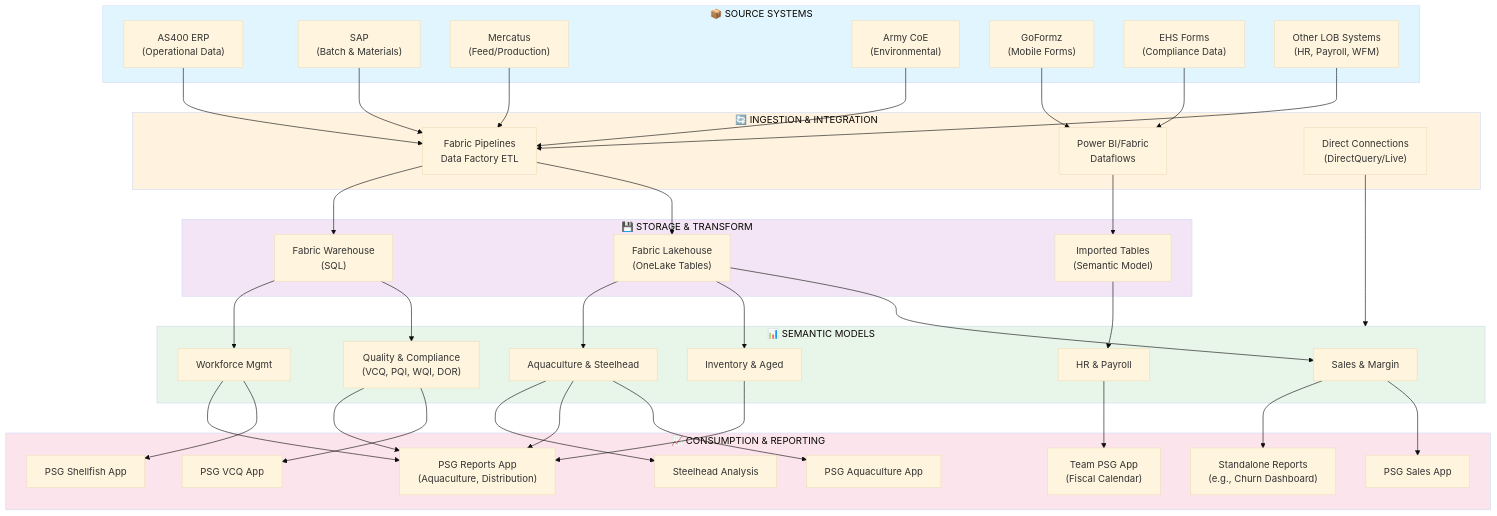
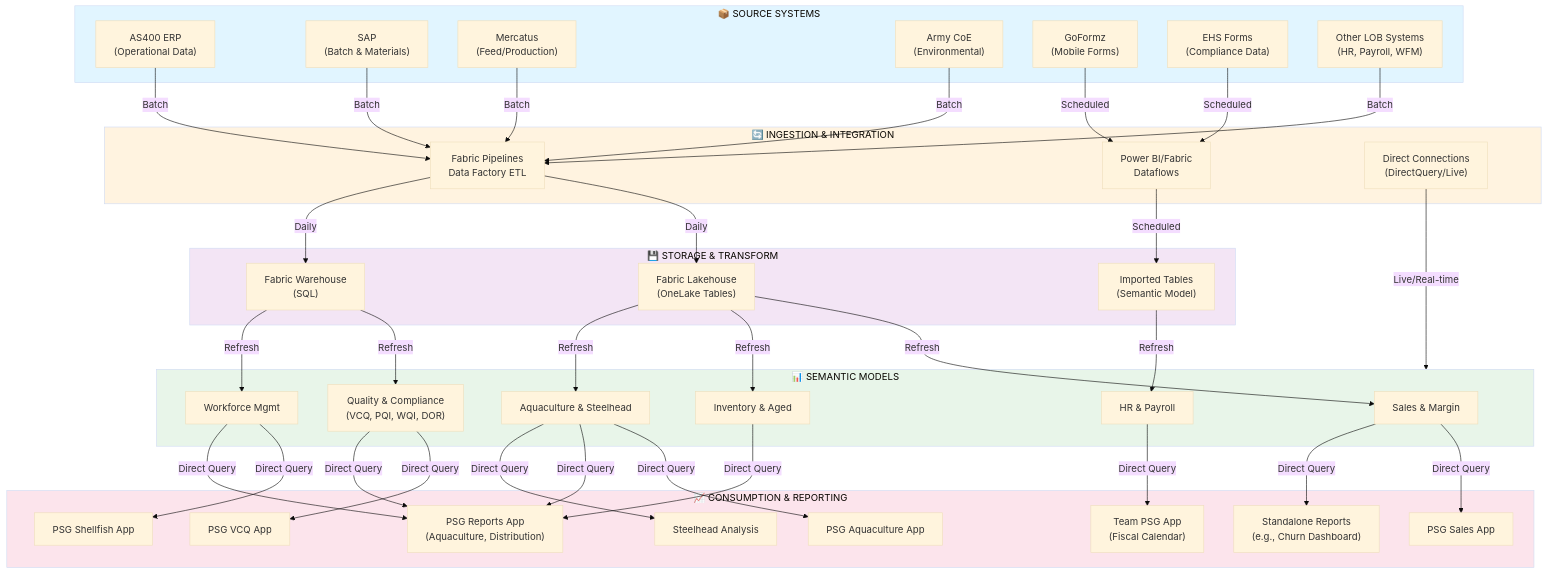
The diagram in diagrams/psg-data-architecture.md (KHAFS-2026/PSG-data-architecture), drawn with Mermaid (base theme) before and after one commit. The commit also changed other lines of this file, not shown here.

Commit message:
Enhance PSG Data Architecture Flowchart with Data Flow Types
Updated the PSG Data Architecture Flowchart to include data flow types and improved clarity on connections between components.

```diff
--- a/diagrams/psg-data-architecture.md
+++ b/diagrams/psg-data-architecture.md
@@ -45,45 +45,45 @@
     end
 
     %% SOURCE TO INGESTION - SPECIFIC CONNECTIONS
-    AS400 --> Pipelines
-    SAP --> Pipelines
-    Mercatus --> Pipelines
-    ArmyCoE --> Pipelines
-    GoFormz --> Dataflows
-    EHSForms --> Dataflows
-    OtherSources --> Pipelines
+    AS400 -->|Batch| Pipelines
+    SAP -->|Batch| Pipelines
+    Mercatus -->|Batch| Pipelines
+    ArmyCoE -->|Batch| Pipelines
+    GoFormz -->|Scheduled| Dataflows
+    EHSForms -->|Scheduled| Dataflows
+    OtherSources -->|Batch| Pipelines
 
     %% INGESTION TO STORAGE - SPECIFIC CONNECTIONS
-    Pipelines --> Lakehouse
-    Pipelines --> Warehouse
-    Dataflows --> ImportedModel
-    DirectConnect --> Models
+    Pipelines -->|Daily| Lakehouse
+    Pipelines -->|Daily| Warehouse
+    Dataflows -->|Scheduled| ImportedModel
+    DirectConnect -->|Live/Real-time| Models
 
     %% STORAGE TO MODELS - SPECIFIC CONNECTIONS
-    Lakehouse --> SalesModel
-    Lakehouse --> InventoryModel
-    Lakehouse --> AquacultureModel
-    Warehouse --> QCModel
-    Warehouse --> WFMModel
-    ImportedModel --> HRModel
+    Lakehouse -->|Refresh| SalesModel
+    Lakehouse -->|Refresh| InventoryModel
+    Lakehouse -->|Refresh| AquacultureModel
+    Warehouse -->|Refresh| QCModel
+    Warehouse -->|Refresh| WFMModel
+    ImportedModel -->|Refresh| HRModel
 
     %% MODELS TO CONSUMPTION - SPECIFIC CONNECTIONS
-    SalesModel --> PSGSales
-    SalesModel --> StandaloneReports
+    SalesModel -->|Direct Query| PSGSales
+    SalesModel -->|Direct Query| StandaloneReports
     
-    InventoryModel --> PSGReports
+    InventoryModel -->|Direct Query| PSGReports
     
-    AquacultureModel --> PSGAquaculture
-    AquacultureModel --> PSGReports
-    AquacultureModel --> SteelheadApp
+    AquacultureModel -->|Direct Query| PSGAquaculture
+    AquacultureModel -->|Direct Query| PSGReports
+    AquacultureModel -->|Direct Query| SteelheadApp
     
-    QCModel --> PSGVCQ
-    QCModel --> PSGReports
+    QCModel -->|Direct Query| PSGVCQ
+    QCModel -->|Direct Query| PSGReports
     
-    WFMModel --> PSGShellfish
-    WFMModel --> PSGReports
+    WFMModel -->|Direct Query| PSGShellfish
+    WFMModel -->|Direct Query| PSGReports
     
-    HRModel --> TeamPSG
+    HRModel -->|Direct Query| TeamPSG
 
     style Sources fill:#e1f5ff
     style Ingestion fill:#fff3e0
```
